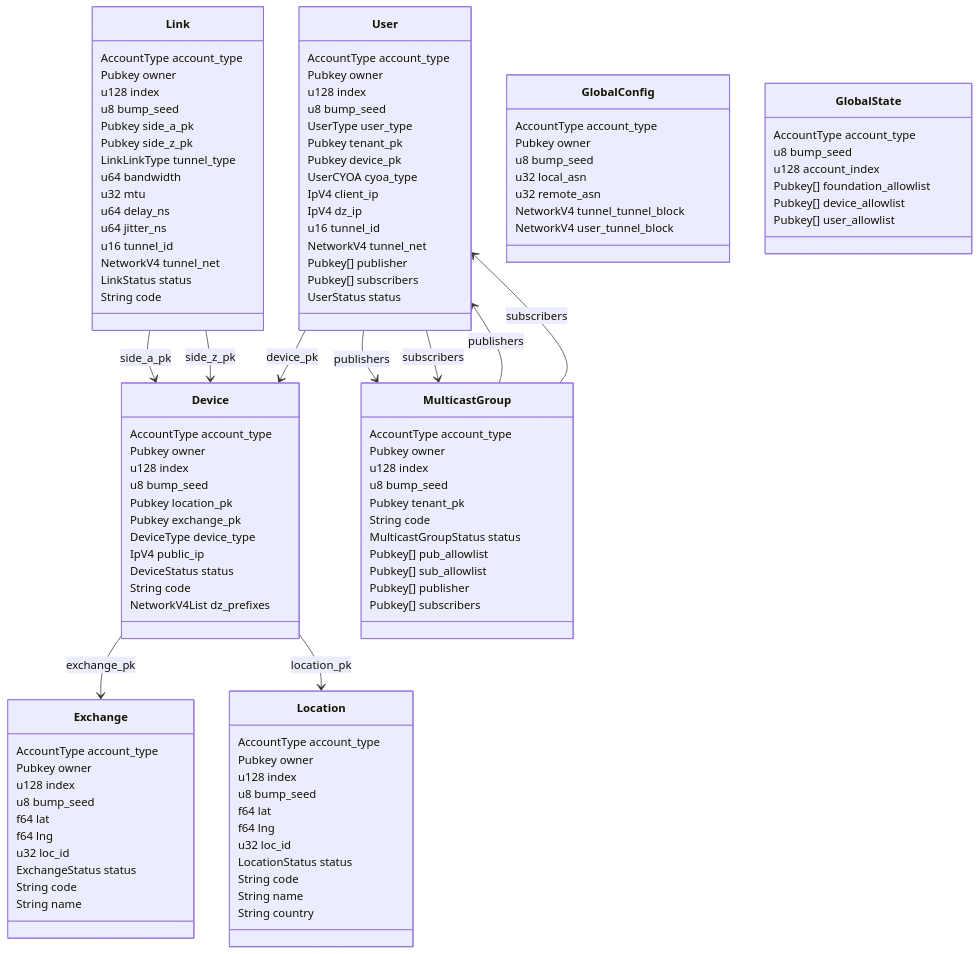
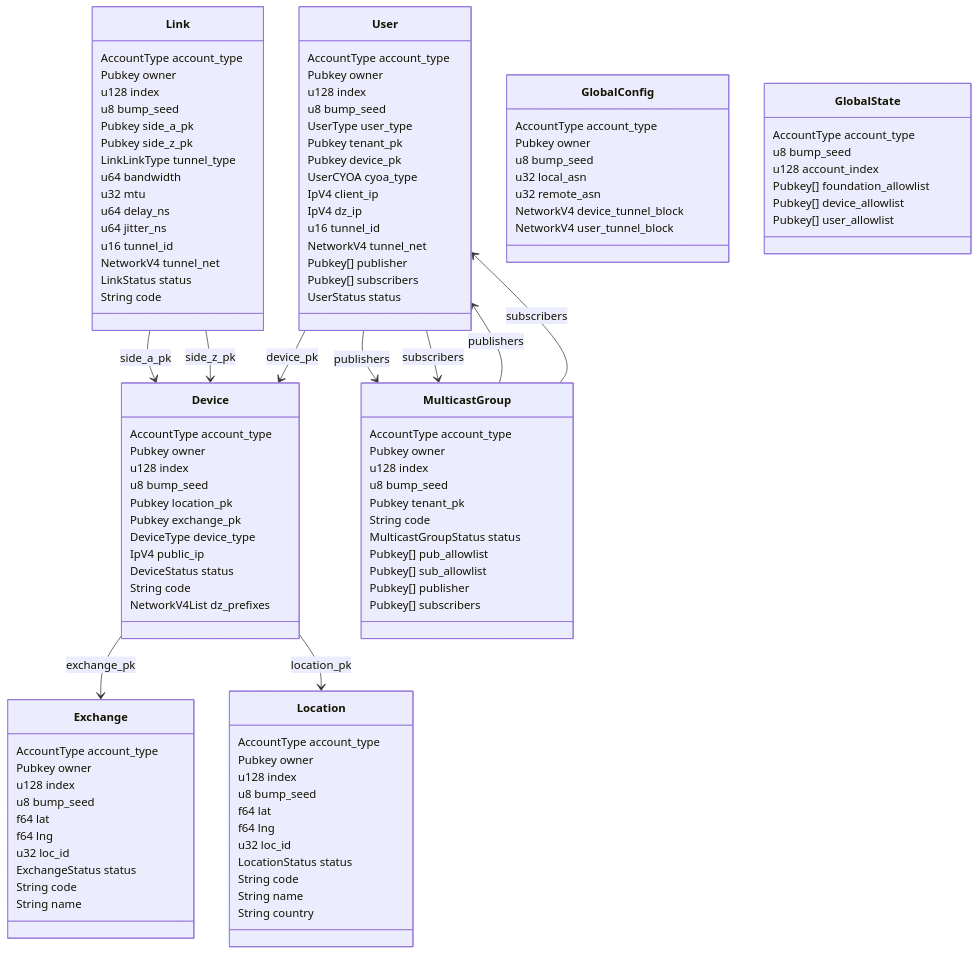
One commit to malbeclabs/doublezero changed the first of 7 diagrams in smartcontract/programs/doublezero-serviceability/README.md. Above: the diagram before and after it, drawn with Mermaid. The commit also changed other lines of this file and 14 other files, not shown here.

First line of the commit message:
smartcontract: Rename tunnel-tunnel to device-tunnel

```diff
--- a/smartcontract/programs/doublezero-serviceability/README.md
+++ b/smartcontract/programs/doublezero-serviceability/README.md
@@ -118,7 +118,7 @@
         u8 bump_seed
         u32 local_asn
         u32 remote_asn
-        NetworkV4 tunnel_tunnel_block
+        NetworkV4 device_tunnel_block
         NetworkV4 user_tunnel_block
     }
     class GlobalState {
```
